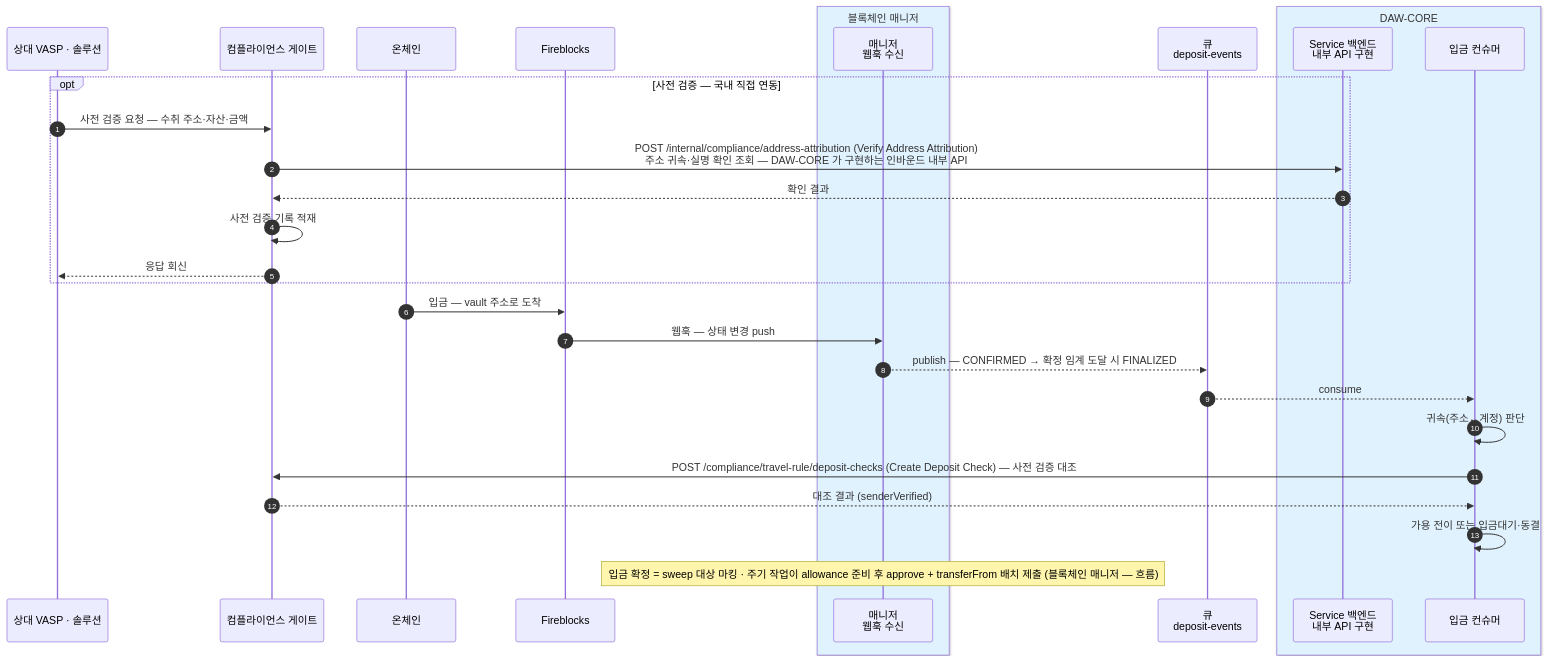
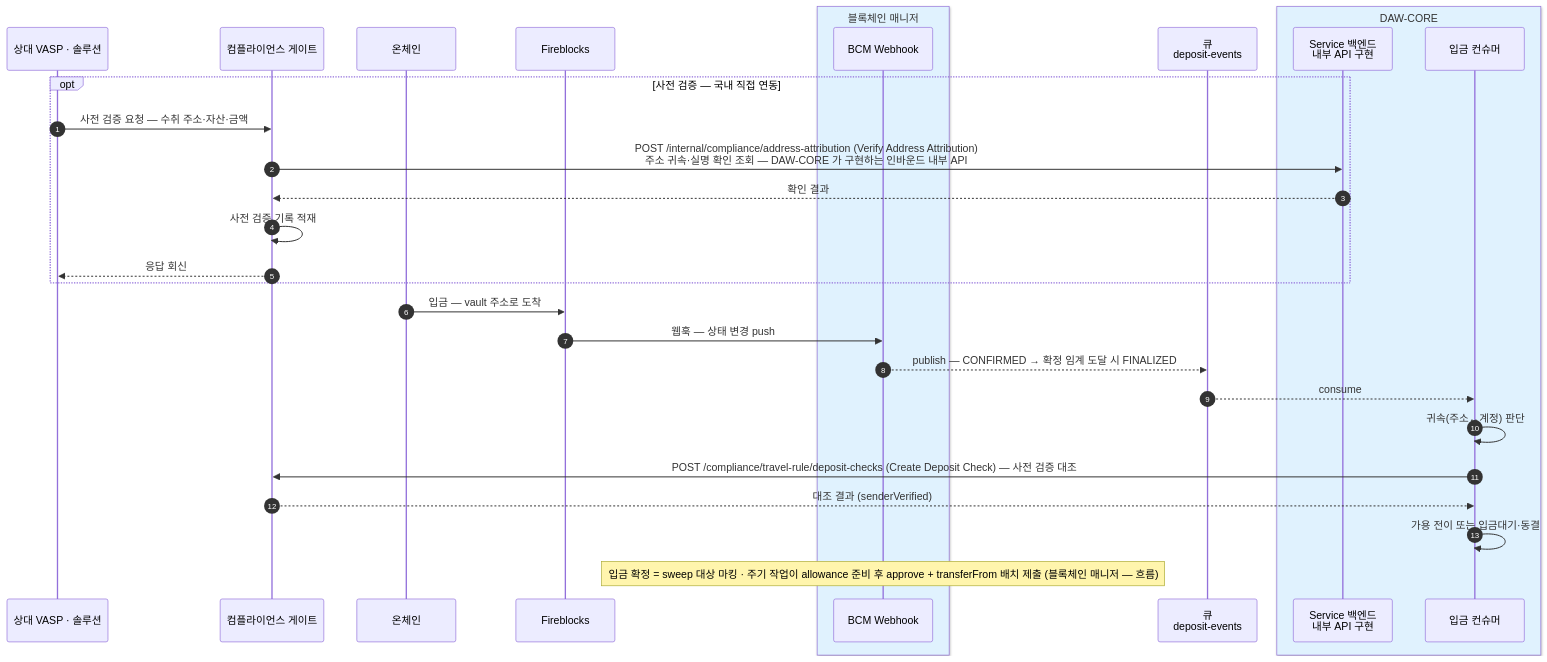
The fourth of 4 diagrams in blockchain-manager/docs/BC/설계/01-infra.md (eunsujeo/eunpus), drawn with Mermaid before and after one commit. The commit also changed other lines of this file and 5 other files, not shown here.

Commit message:
BCM API 와 BCM Webhook 프로세스 분리를 설계 문서에 반영

````diff
--- a/blockchain-manager/docs/BC/설계/01-infra.md
+++ b/blockchain-manager/docs/BC/설계/01-infra.md
@@ -220,33 +226,33 @@
 ```mermaid
 sequenceDiagram
     autonumber
     participant NET as 상대 VASP · 솔루션
     participant CP as 컴플라이언스 게이트
     participant CH as 온체인
     participant FB as Fireblocks
     box rgb(224,242,254) 블록체인 매니저
-    participant BM as 매니저<br/>웹훅 수신
+    participant WH as BCM Webhook
     end
     participant MQ as 큐<br/>deposit-events
     box rgb(224,242,254) DAW-CORE
     participant SVC as Service 백엔드<br/>내부 API 구현
     participant BE as 입금 컨슈머
     end
 
     opt 사전 검증 — 국내 직접 연동
         NET->>CP: 사전 검증 요청 — 수취 주소·자산·금액
         CP->>SVC: POST /internal/compliance/address-attribution (Verify Address Attribution)<br/>주소 귀속·실명 확인 조회 — DAW-CORE 가 구현하는 인바운드 내부 API
         SVC-->>CP: 확인 결과
         CP->>CP: 사전 검증 기록 적재
         CP-->>NET: 응답 회신
     end
     CH->>FB: 입금 — vault 주소로 도착
-    FB->>BM: 웹훅 — 상태 변경 push
-    BM-->>MQ: publish — CONFIRMED → 확정 임계 도달 시 FINALIZED
+    FB->>WH: 웹훅 — 상태 변경 push
+    WH-->>MQ: publish — CONFIRMED → 확정 임계 도달 시 FINALIZED
     MQ-->>BE: consume
     BE->>BE: 귀속(주소↔계정) 판단
     BE->>CP: POST /compliance/travel-rule/deposit-checks (Create Deposit Check) — 사전 검증 대조
     CP-->>BE: 대조 결과 (senderVerified)
     BE->>BE: 가용 전이 또는 입금대기·동결
-    Note over BM: 입금 확정 = sweep 대상 마킹 · 주기 작업이 allowance 준비 후 approve + transferFrom 배치 제출 (블록체인 매니저 — 흐름)
+    Note over WH: 입금 확정 = sweep 대상 마킹 · 주기 작업이 allowance 준비 후 approve + transferFrom 배치 제출 (블록체인 매니저 — 흐름)
 ```
````
